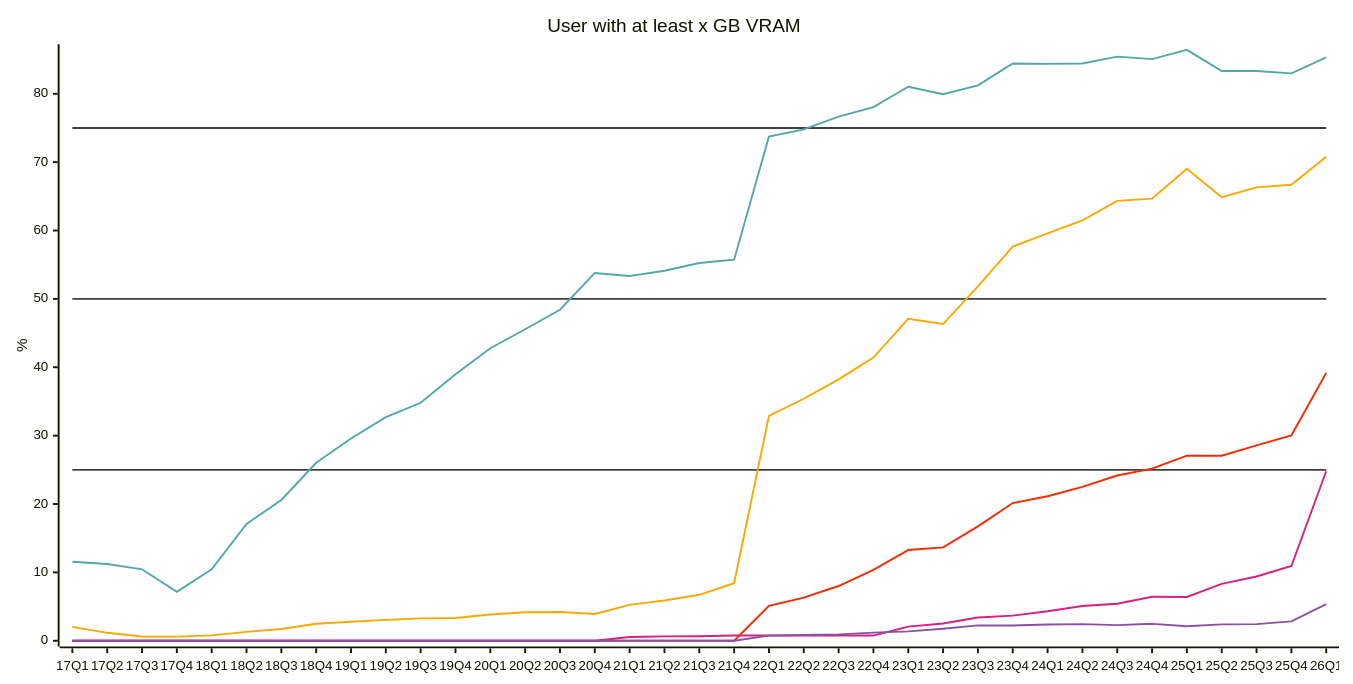
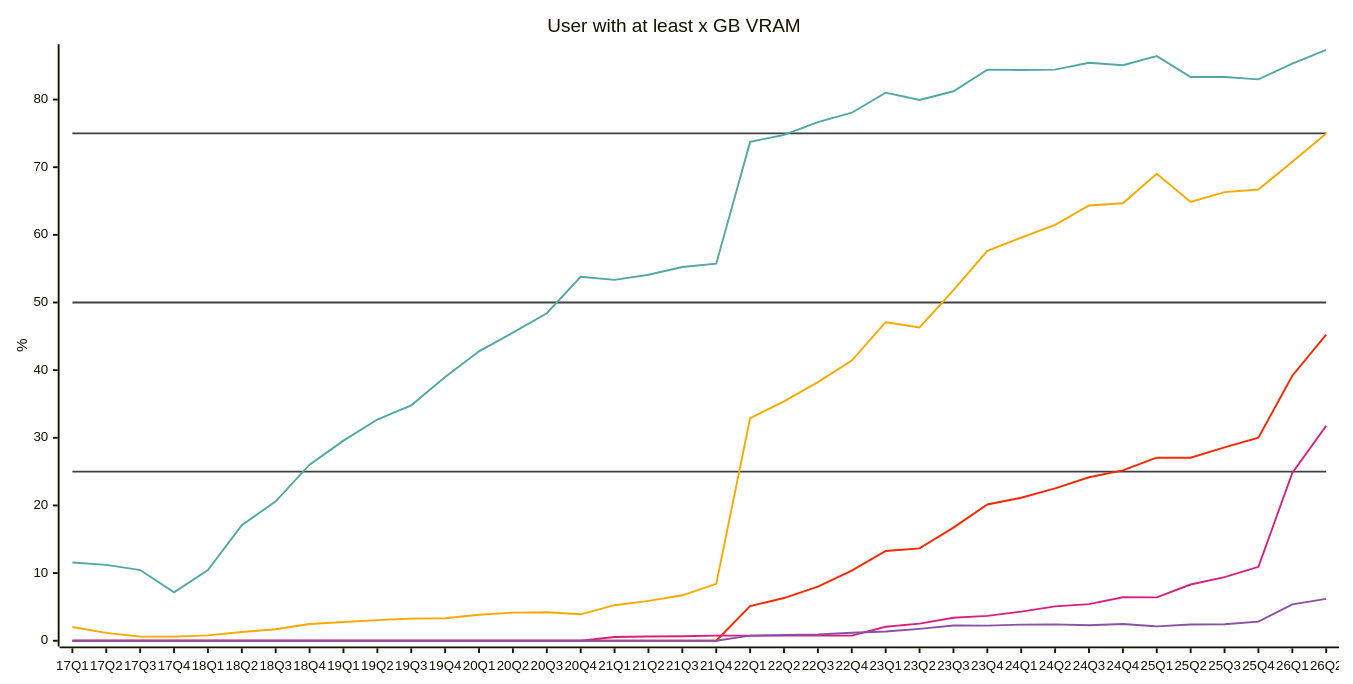
Before and after one commit to jdegene/steamHWsurvey: diagram 12 of 31 in README.md, drawn with Mermaid. The commit also changed other lines of this file and 3 other files, not shown here.

````diff
--- a/README.md
+++ b/README.md
@@ -404,26 +404,26 @@
 ```mermaid
 ---
 config:
     xyChart:
         width: 1400
         height: 700
         
     themeVariables:
         xyChart:
             plotColorPalette: "#404040,#404040,#404040,#51a8a6,#f9a900,#f92800,#d92080,#8a52a6"
 
 --- 
 
 xychart-beta
     title "User with at least x GB VRAM"
-    x-axis [17Q1, 17Q2, 17Q3, 17Q4, 18Q1, 18Q2, 18Q3, 18Q4, 19Q1, 19Q2, 19Q3, 19Q4, 20Q1, 20Q2, 20Q3, 20Q4, 21Q1, 21Q2, 21Q3, 21Q4, 22Q1, 22Q2, 22Q3, 22Q4, 23Q1, 23Q2, 23Q3, 23Q4, 24Q1, 24Q2, 24Q3, 24Q4, 25Q1, 25Q2, 25Q3, 25Q4, 26Q1]
+    x-axis [17Q1, 17Q2, 17Q3, 17Q4, 18Q1, 18Q2, 18Q3, 18Q4, 19Q1, 19Q2, 19Q3, 19Q4, 20Q1, 20Q2, 20Q3, 20Q4, 21Q1, 21Q2, 21Q3, 21Q4, 22Q1, 22Q2, 22Q3, 22Q4, 23Q1, 23Q2, 23Q3, 23Q4, 24Q1, 24Q2, 24Q3, 24Q4, 25Q1, 25Q2, 25Q3, 25Q4, 26Q1, 26Q2]
     y-axis "%" 
- line [25, 25, 25, 25, 25, 25, 25, 25, 25, 25, 25, 25, 25, 25, 25, 25, 25, 25, 25, 25, 25, 25, 25, 25, 25, 25, 25, 25, 25, 25, 25, 25, 25, 25, 25, 25, 25]
- line [50, 50, 50, 50, 50, 50, 50, 50, 50, 50, 50, 50, 50, 50, 50, 50, 50, 50, 50, 50, 50, 50, 50, 50, 50, 50, 50, 50, 50, 50, 50, 50, 50, 50, 50, 50, 50]
- line [75, 75, 75, 75, 75, 75, 75, 75, 75, 75, 75, 75, 75, 75, 75, 75, 75, 75, 75, 75, 75, 75, 75, 75, 75, 75, 75, 75, 75, 75, 75, 75, 75, 75, 75, 75, 75]
-    line [11.559999999999999, 11.223333333333334, 10.45, 7.1466666666666665, 10.453333333333333, 17.083333333333332, 20.599999999999998, 26.023333333333333, 29.580000000000002, 32.70333333333333, 34.803333333333335, 38.989999999999995, 42.78333333333333, 45.556666666666665, 48.413333333333334, 53.79666666666667, 53.35333333333333, 54.11, 55.246666666666655, 55.74, 73.74333333333333, 74.78666666666668, 76.66, 78.05666666666667, 81.02333333333333, 79.93333333333334, 81.23, 84.42333333333335, 84.37666666666667, 84.42999999999999, 85.43333333333334, 85.07000000000001, 86.42666666666666, 83.33, 83.33333333333334, 82.98666666666666, 85.32166666666666]
-    line [2.0366666666666666, 1.16, 0.61, 0.61, 0.79, 1.3033333333333335, 1.71, 2.48, 2.77, 3.046666666666667, 3.2766666666666664, 3.3266666666666667, 3.836666666666667, 4.16, 4.206666666666667, 3.9099999999999997, 5.256666666666667, 5.89, 6.72, 8.406666666666666, 32.903333333333336, 35.39666666666667, 38.22666666666667, 41.41, 47.08666666666666, 46.32000000000001, 51.83, 57.64999999999999, 59.596666666666664, 61.483333333333334, 64.34333333333333, 64.66333333333333, 69.03333333333333, 64.86666666666667, 66.31666666666666, 66.69666666666666, 70.79666666666665]
-    line [0, 0, 0, 0, 0, 0, 0, 0, 0, 0, 0, 0, 0, 0, 0, 0, 0, 0, 0, 0, 5.11, 6.3133333333333335, 8.006666666666668, 10.366666666666667, 13.273333333333333, 13.66, 16.726666666666667, 20.14, 21.14, 22.516666666666666, 24.173333333333336, 25.183333333333337, 27.063333333333333, 27.060000000000002, 28.573333333333334, 30.020000000000003, 39.17666666666664]
-    line [0, 0, 0, 0, 0, 0, 0, 0, 0, 0, 0, 0, 0, 0, 0, 0, 0.5549999999999999, 0.6333333333333333, 0.6599999999999999, 0.76, 0.76, 0.76, 0.76, 0.76, 2.07, 2.5233333333333334, 3.4066666666666667, 3.6799999999999997, 4.3133333333333335, 5.079999999999999, 5.413333333333333, 6.43, 6.41, 8.316666666666666, 9.403333333333334, 10.93, 24.791666666666647]
-    line [0, 0, 0, 0, 0, 0, 0, 0, 0, 0, 0, 0, 0, 0, 0, 0, 0, 0, 0, 0, 0.75, 0.8500000000000001, 0.9266666666666666, 1.1833333333333333, 1.3733333333333333, 1.76, 2.243333333333333, 2.2333333333333334, 2.3833333333333333, 2.4266666666666667, 2.29, 2.476666666666667, 2.13, 2.396666666666667, 2.4366666666666665, 2.8266666666666667, 5.369999999999997]
+ line [25, 25, 25, 25, 25, 25, 25, 25, 25, 25, 25, 25, 25, 25, 25, 25, 25, 25, 25, 25, 25, 25, 25, 25, 25, 25, 25, 25, 25, 25, 25, 25, 25, 25, 25, 25, 25, 25]
+ line [50, 50, 50, 50, 50, 50, 50, 50, 50, 50, 50, 50, 50, 50, 50, 50, 50, 50, 50, 50, 50, 50, 50, 50, 50, 50, 50, 50, 50, 50, 50, 50, 50, 50, 50, 50, 50, 50]
+ line [75, 75, 75, 75, 75, 75, 75, 75, 75, 75, 75, 75, 75, 75, 75, 75, 75, 75, 75, 75, 75, 75, 75, 75, 75, 75, 75, 75, 75, 75, 75, 75, 75, 75, 75, 75, 75, 75]
+    line [11.559999999999999, 11.223333333333334, 10.45, 7.1466666666666665, 10.453333333333333, 17.083333333333332, 20.599999999999998, 26.023333333333333, 29.580000000000002, 32.70333333333333, 34.803333333333335, 38.989999999999995, 42.78333333333333, 45.556666666666665, 48.413333333333334, 53.79666666666667, 53.35333333333333, 54.11, 55.246666666666655, 55.74, 73.74333333333333, 74.78666666666668, 76.66000000000001, 78.05666666666667, 81.02333333333333, 79.93333333333334, 81.23, 84.42333333333335, 84.37666666666667, 84.42999999999999, 85.43333333333334, 85.07000000000001, 86.42666666666666, 83.33, 83.33333333333334, 82.98666666666666, 85.32166666666666, 87.35]
+    line [2.0366666666666666, 1.16, 0.61, 0.61, 0.79, 1.3033333333333335, 1.71, 2.48, 2.77, 3.046666666666667, 3.2766666666666664, 3.3266666666666667, 3.836666666666667, 4.16, 4.206666666666667, 3.9099999999999997, 5.256666666666667, 5.89, 6.72, 8.406666666666666, 32.903333333333336, 35.39666666666667, 38.22666666666667, 41.41, 47.08666666666666, 46.32000000000001, 51.83, 57.64999999999999, 59.596666666666664, 61.483333333333334, 64.34333333333333, 64.66333333333333, 69.03333333333333, 64.86666666666667, 66.31666666666666, 66.69666666666666, 70.79666666666665, 74.97999999999999]
+    line [0, 0, 0, 0, 0, 0, 0, 0, 0, 0, 0, 0, 0, 0, 0, 0, 0, 0, 0, 0, 5.11, 6.3133333333333335, 8.006666666666668, 10.366666666666667, 13.273333333333333, 13.66, 16.726666666666667, 20.14, 21.14, 22.516666666666666, 24.173333333333336, 25.183333333333337, 27.063333333333333, 27.060000000000002, 28.573333333333334, 30.020000000000003, 39.17666666666664, 45.239999999999995]
+    line [0, 0, 0, 0, 0, 0, 0, 0, 0, 0, 0, 0, 0, 0, 0, 0, 0.5549999999999999, 0.6333333333333333, 0.6599999999999999, 0.76, 0.76, 0.76, 0.76, 0.76, 2.07, 2.5233333333333334, 3.4066666666666667, 3.6799999999999997, 4.3133333333333335, 5.079999999999999, 5.413333333333333, 6.43, 6.41, 8.316666666666666, 9.403333333333334, 10.93, 24.791666666666647, 31.790000000000003]
+    line [0, 0, 0, 0, 0, 0, 0, 0, 0, 0, 0, 0, 0, 0, 0, 0, 0, 0, 0, 0, 0.75, 0.8500000000000001, 0.9266666666666666, 1.1833333333333333, 1.3733333333333333, 1.76, 2.243333333333333, 2.2333333333333334, 2.3833333333333333, 2.4266666666666667, 2.29, 2.476666666666667, 2.13, 2.396666666666667, 2.4366666666666665, 2.8266666666666667, 5.369999999999997, 6.1899999999999995]
 ``` 
````
